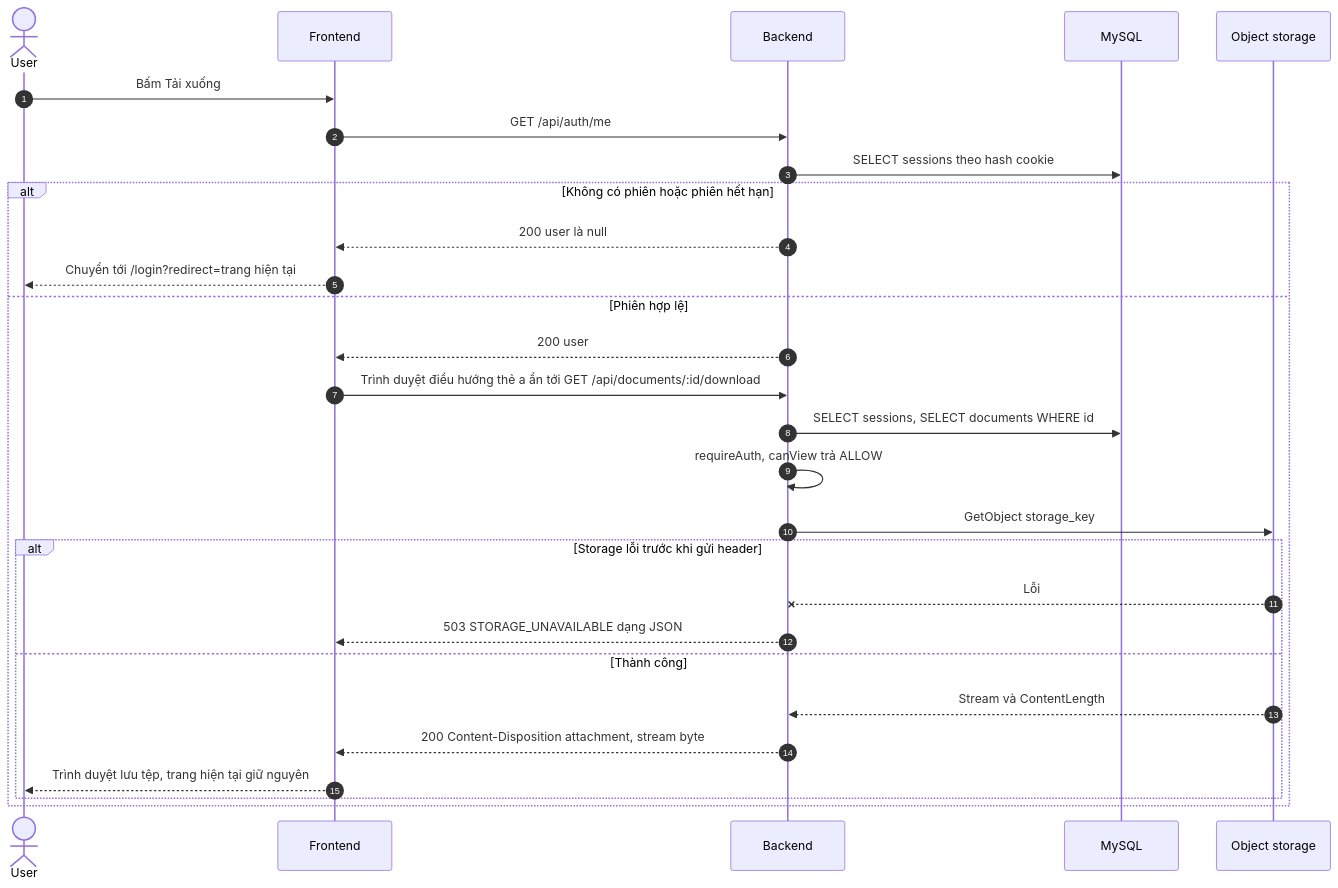
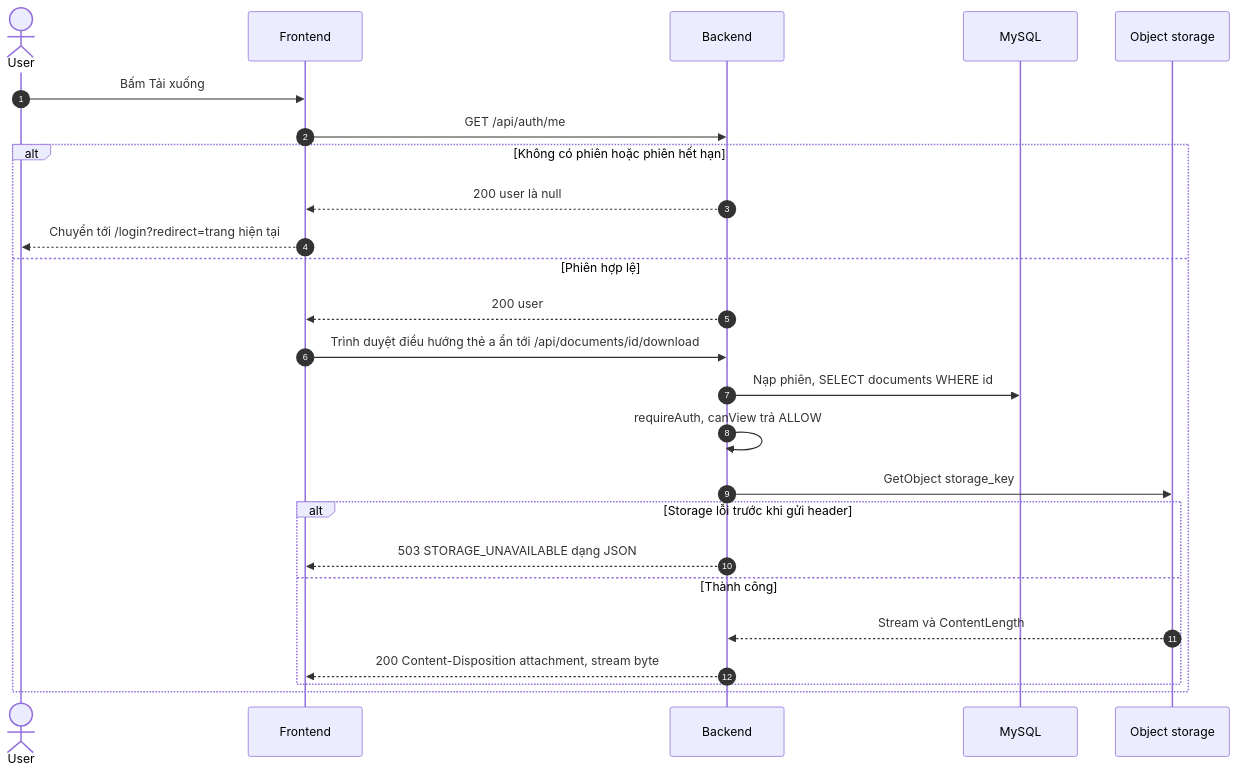
Diagram 11 of 15 in docs/ARCHITECTURE.md (august0362/btl_cloud), drawn with Mermaid before and after one commit. The commit also changed other lines of this file and 9 other files, not shown here.

````diff
--- a/docs/ARCHITECTURE.md
+++ b/docs/ARCHITECTURE.md
@@ -2073,30 +909,27 @@
 ```mermaid
 sequenceDiagram
   autonumber
   actor U as User
   participant FE as Frontend
   participant BE as Backend
   participant DB as MySQL
   participant OS as Object storage
   U->>FE: Bấm Tải xuống
   FE->>BE: GET /api/auth/me
-  BE->>DB: SELECT sessions theo hash cookie
   alt Không có phiên hoặc phiên hết hạn
     BE-->>FE: 200 user là null
     FE-->>U: Chuyển tới /login?redirect=trang hiện tại
   else Phiên hợp lệ
     BE-->>FE: 200 user
-    FE->>BE: Trình duyệt điều hướng thẻ a ẩn tới GET /api/documents/:id/download
-    BE->>DB: SELECT sessions, SELECT documents WHERE id
+    FE->>BE: Trình duyệt điều hướng thẻ a ẩn tới /api/documents/id/download
+    BE->>DB: Nạp phiên, SELECT documents WHERE id
     BE->>BE: requireAuth, canView trả ALLOW
     BE->>OS: GetObject storage_key
     alt Storage lỗi trước khi gửi header
-      OS--xBE: Lỗi
       BE-->>FE: 503 STORAGE_UNAVAILABLE dạng JSON
     else Thành công
       OS-->>BE: Stream và ContentLength
       BE-->>FE: 200 Content-Disposition attachment, stream byte
-      FE-->>U: Trình duyệt lưu tệp, trang hiện tại giữ nguyên
     end
   end
 ```
````
